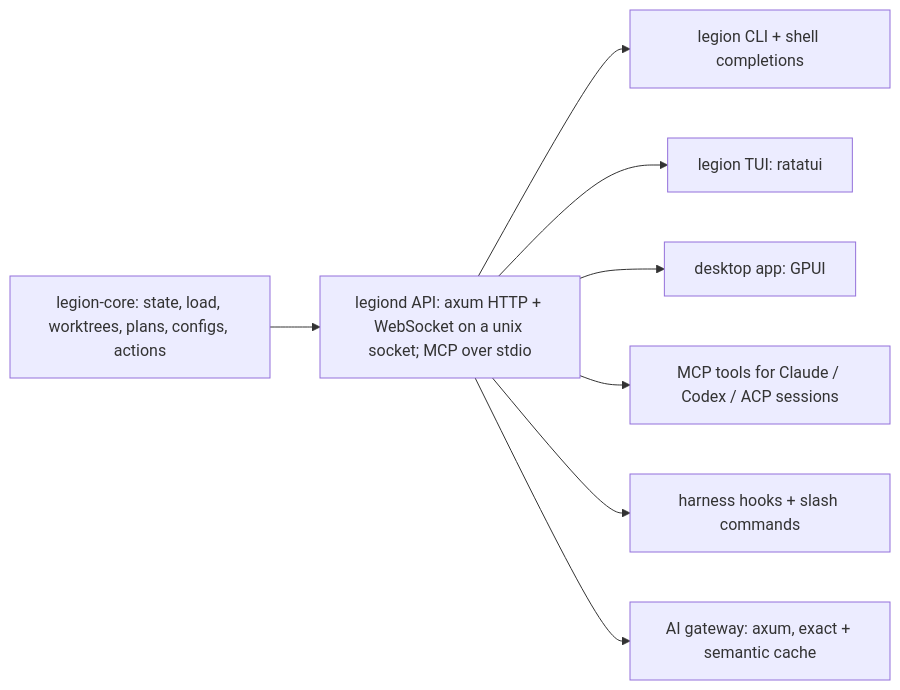
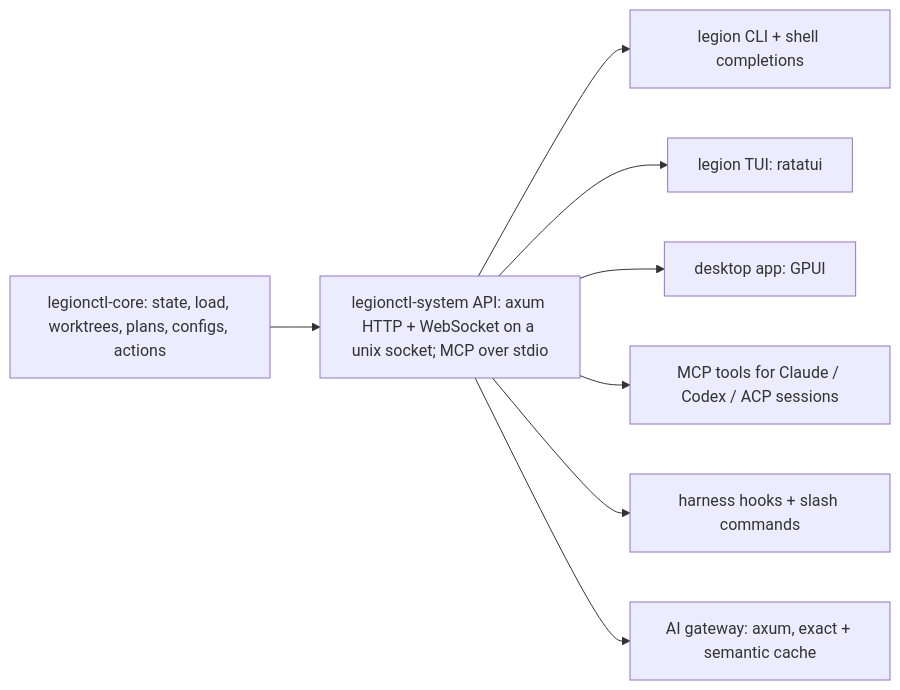
The diagram in docs/design/12-operator.md (ksquarekumar/lenovolegionlinux), drawn with Mermaid before and after one commit. The commit also changed other lines of this file and 17 other files, not shown here.

First line of the commit message:
Design: legionctl layout; one name, one API, one path for each capability

````diff
--- a/docs/design/12-operator.md
+++ b/docs/design/12-operator.md
@@ -9,11 +9,11 @@
 ```mermaid
 flowchart LR
-  core[legion-core: state, load, worktrees, plans, configs, actions]
-  core --> api[legiond API: axum HTTP + WebSocket on a unix socket; MCP over stdio]
+  core[legionctl-core: state, load, worktrees, plans, configs, actions]
+  core --> api[legionctl-system API: axum HTTP + WebSocket on a unix socket; MCP over stdio]
   api --> cli[legion CLI + shell completions]
   api --> tui[legion TUI: ratatui]
   api --> app[desktop app: GPUI]
   api --> mcp[MCP tools for Claude / Codex / ACP sessions]
   api --> hooks[harness hooks + slash commands]
   api --> gw[AI gateway: axum, exact + semantic cache]
 ```
````
